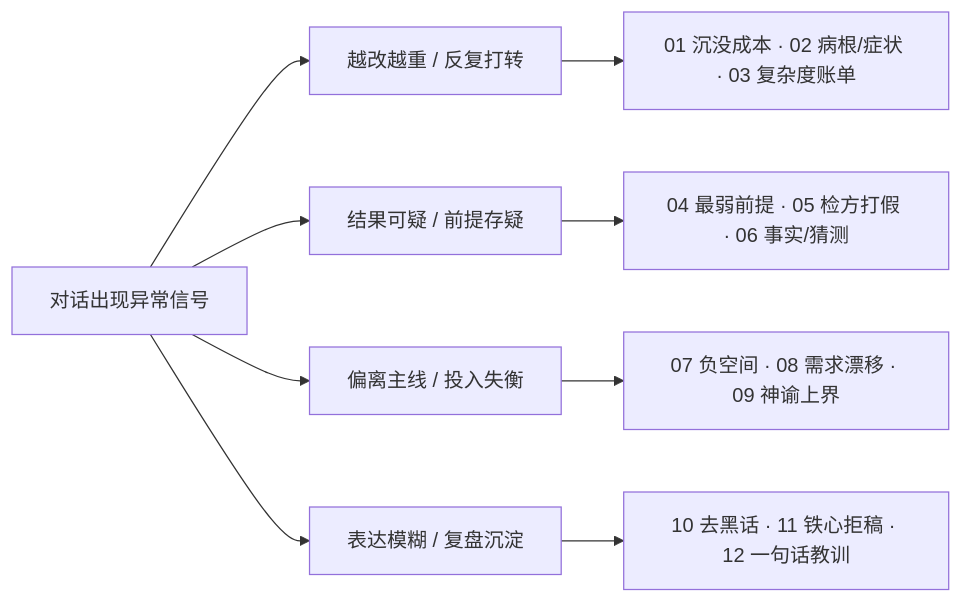
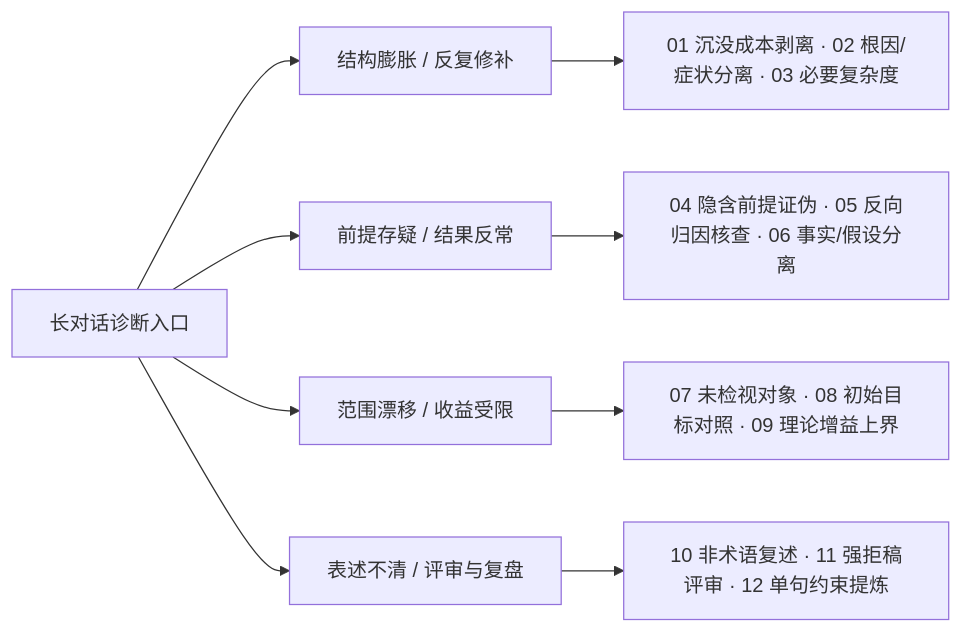
The diagram in README.md (Sh3wn/what-prompt-do-you-need), drawn with Mermaid before and after one commit. The commit also changed other lines of this file and 1 other file, not shown here.

````diff
--- a/README.md
+++ b/README.md
@@ -45,12 +45,12 @@
 ```mermaid
 flowchart LR
-    Q["对话出现异常信号"] --> A["越改越重 / 反复打转"]
-    Q --> B["结果可疑 / 前提存疑"]
-    Q --> C["偏离主线 / 投入失衡"]
-    Q --> D["表达模糊 / 复盘沉淀"]
+    Q["长对话诊断入口"] --> A["结构膨胀 / 反复修补"]
+    Q --> B["前提存疑 / 结果反常"]
+    Q --> C["范围漂移 / 收益受限"]
+    Q --> D["表述不清 / 评审与复盘"]
 
-    A --> A1["01 沉没成本 · 02 病根/症状 · 03 复杂度账单"]
-    B --> B1["04 最弱前提 · 05 检方打假 · 06 事实/猜测"]
-    C --> C1["07 负空间 · 08 需求漂移 · 09 神谕上界"]
-    D --> D1["10 去黑话 · 11 铁心拒稿 · 12 一句话教训"]
+    A --> A1["01 沉没成本剥离 · 02 根因/症状分离 · 03 必要复杂度"]
+    B --> B1["04 隐含前提证伪 · 05 反向归因核查 · 06 事实/假设分离"]
+    C --> C1["07 未检视对象 · 08 初始目标对照 · 09 理论增益上界"]
+    D --> D1["10 非术语复述 · 11 强拒稿评审 · 12 单句约束提炼"]
 ```
````
